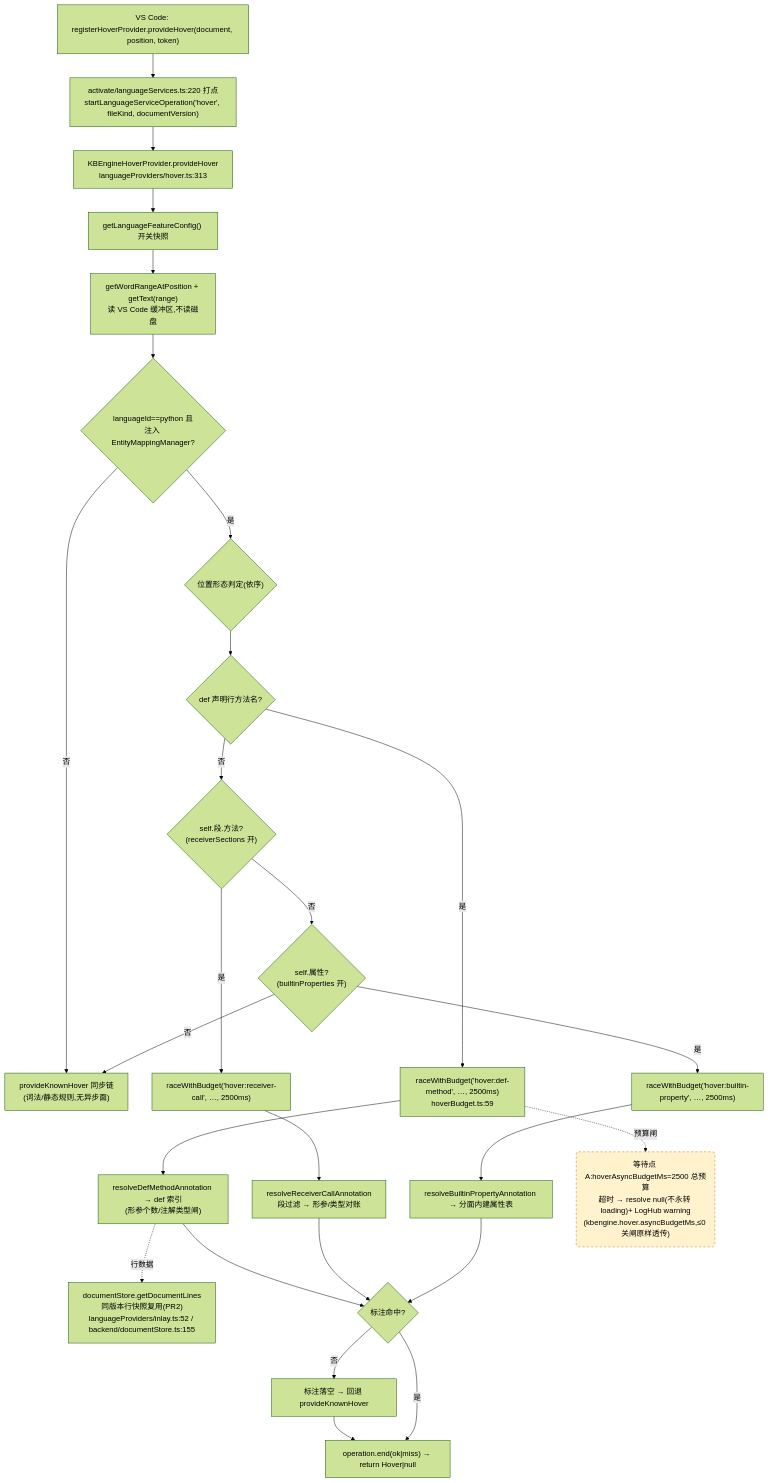
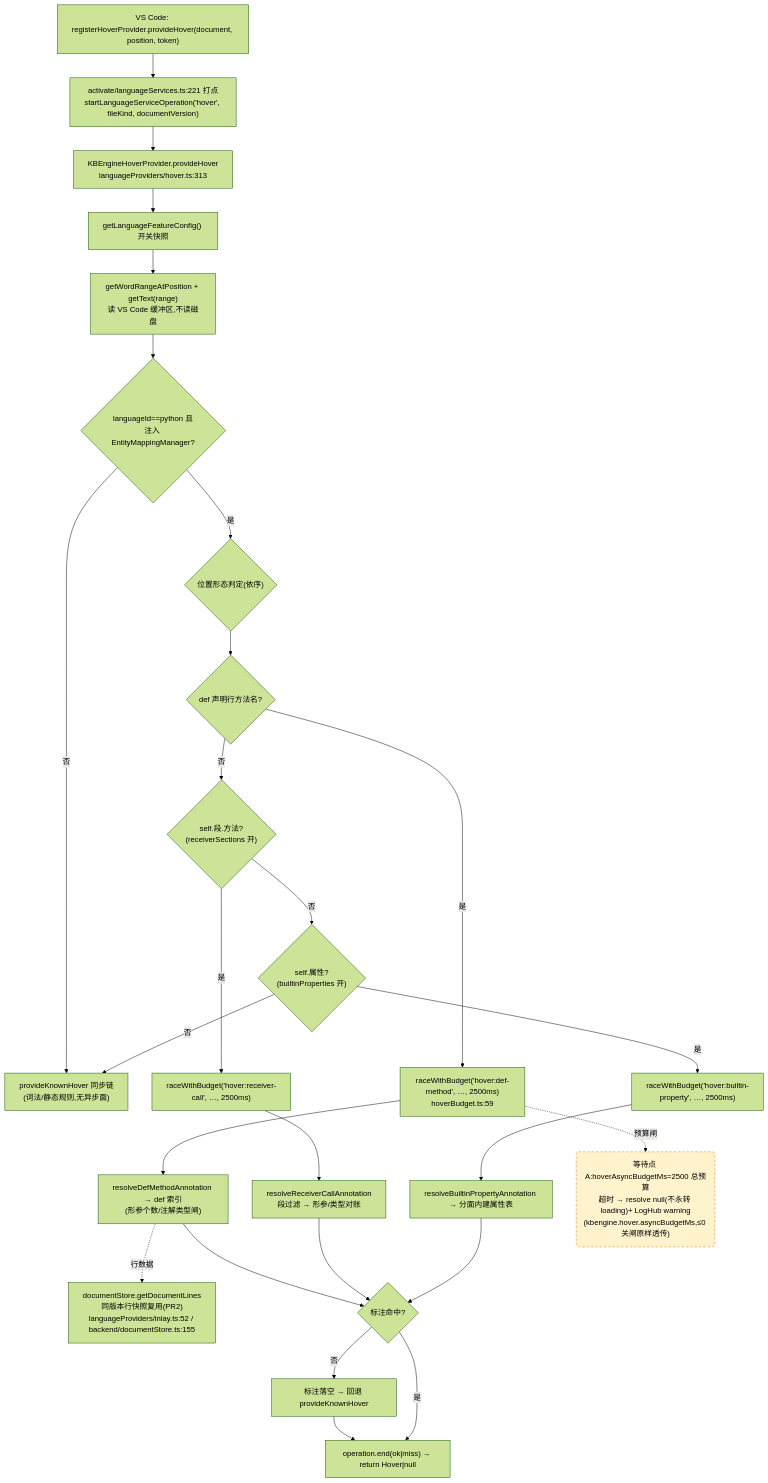
The first of 4 diagrams in docs/perf/2026-baseline.md (cuihairu/kode), drawn with Mermaid (forest theme) before and after one commit. The commit also changed other lines of this file and 6 other files, not shown here.

````diff
--- a/docs/perf/2026-baseline.md
+++ b/docs/perf/2026-baseline.md
@@ -100,45 +100,45 @@
 ```mermaid
 flowchart TD
   VC1["VS Code: registerHoverProvider.provideHover(document, position, token)"]
-  M1["activate/languageServices.ts:220 打点<br/>startLanguageServiceOperation('hover', fileKind, documentVersion)"]
+  M1["activate/languageServices.ts:221 打点<br/>startLanguageServiceOperation('hover', fileKind, documentVersion)"]
   HP["KBEngineHoverProvider.provideHover<br/>languageProviders/hover.ts:313"]
   CFG["getLanguageFeatureConfig() 开关快照"]
   WORD["getWordRangeAtPosition + getText(range)<br/>读 VS Code 缓冲区,不读磁盘"]
   BR{"languageId==python 且<br/>注入 EntityMappingManager?"}
   KN["provideKnownHover 同步链<br/>(词法/静态规则,无异步面)"]
   POS{"位置形态判定(依序)"}
   D1{"def 声明行方法名?"}
   D2{"self.段.方法?<br/>(receiverSections 开)"}
   D3{"self.属性?<br/>(builtinProperties 开)"}
   RA1["raceWithBudget('hover:def-method', …, 2500ms)<br/>hoverBudget.ts:59"]
   RA2["raceWithBudget('hover:receiver-call', …, 2500ms)"]
   RA3["raceWithBudget('hover:builtin-property', …, 2500ms)"]
   RS1["resolveDefMethodAnnotation → def 索引<br/>(形参个数/注解类型闸)"]
   RS2["resolveReceiverCallAnnotation<br/>段过滤 → 形参/类型对账"]
   RS3["resolveBuiltinPropertyAnnotation → 分面内建属性表"]
   LINES["documentStore.getDocumentLines<br/>同版本行快照复用(PR2)<br/>languageProviders/inlay.ts:52 / backend/documentStore.ts:155"]
   MISS["标注落空 → 回退 provideKnownHover"]
   END1["operation.end(ok|miss) → return Hover|null"]
 
   VC1 --> M1 --> HP --> CFG --> WORD --> BR
   BR -- "否" --> KN
   BR -- "是" --> POS --> D1
   D1 -- "是" --> RA1 --> RS1
   D1 -- "否" --> D2
   D2 -- "是" --> RA2 --> RS2
   D2 -- "否" --> D3
   D3 -- "是" --> RA3 --> RS3
   D3 -- "否" --> KN
   RS1 --> HIT{"标注命中?"}
   RS2 --> HIT
   RS3 --> HIT
   RS1 -.->|行数据| LINES
   HIT -- "否" --> MISS --> END1
   HIT -- "是" --> END1
 
   WAITA("等待点 A:hoverAsyncBudgetMs=2500 总预算<br/>超时 → resolve null(不永转 loading)+ LogHub warning<br/>(kbengine.hover.asyncBudgetMs,≤0 关闸原样透传)")
   RA1 -.->|预算闸| WAITA
 
   classDef waitPoint fill:#fff3cd,stroke:#d97706,stroke-dasharray:5 4;
   class WAITA waitPoint;
 ```
````
